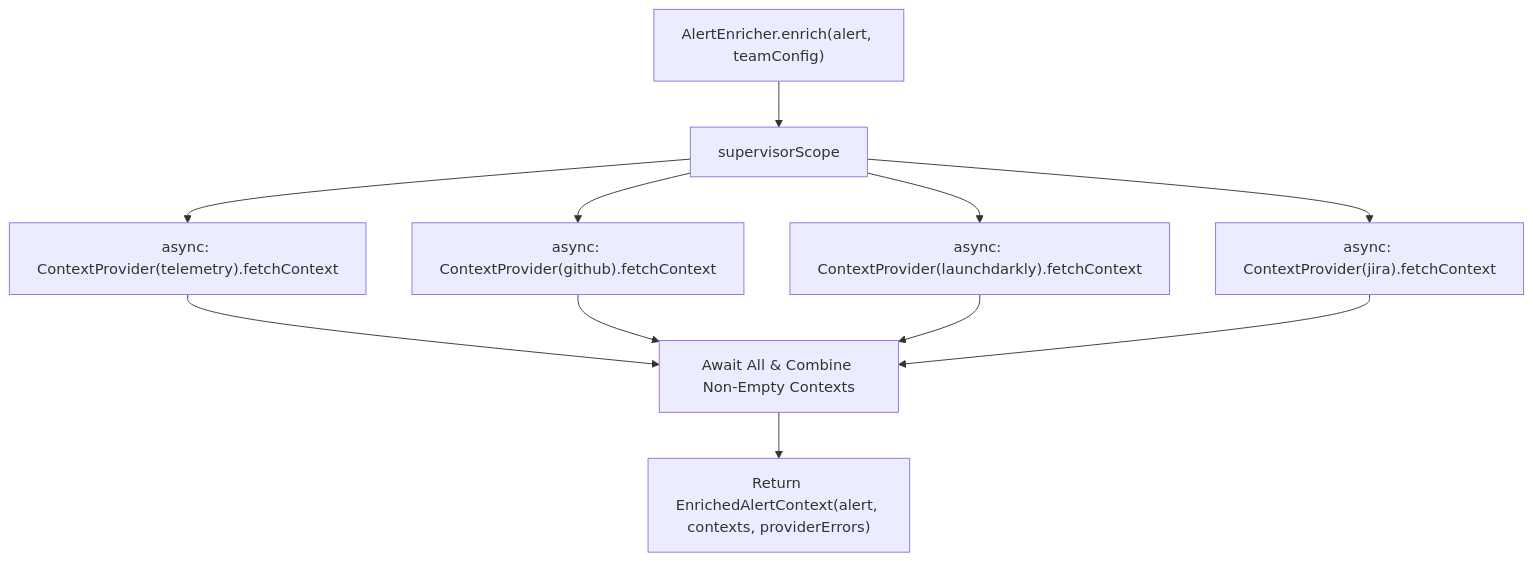
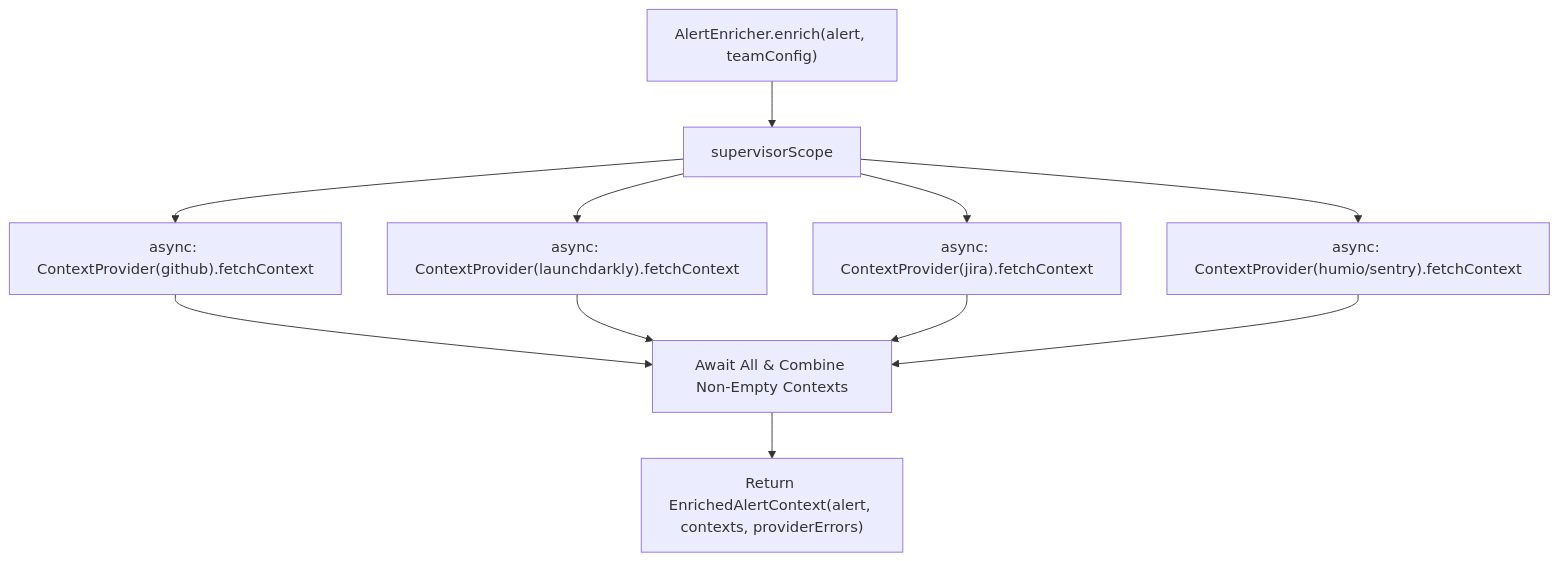
One commit to illutic/argus changed the diagram in docs/spec/02-enrichment.md. Above: the diagram before and after it, drawn with Mermaid. The commit also changed other lines of this file and 37 other files, not shown here.

First line of the commit message:
Use ProviderKey enum and Result<AlertContext> in ContextProvider

````diff
--- a/docs/spec/02-enrichment.md
+++ b/docs/spec/02-enrichment.md
@@ -66,16 +66,16 @@
 ```mermaid
 flowchart TD
     A["AlertEnricher.enrich(alert, teamConfig)"] --> B["supervisorScope"]
     
-    B --> C["async: ContextProvider(telemetry).fetchContext"]
-    B --> D["async: ContextProvider(github).fetchContext"]
-    B --> E["async: ContextProvider(launchdarkly).fetchContext"]
-    B --> F["async: ContextProvider(jira).fetchContext"]
+    B --> C["async: ContextProvider(github).fetchContext"]
+    B --> D["async: ContextProvider(launchdarkly).fetchContext"]
+    B --> E["async: ContextProvider(jira).fetchContext"]
+    B --> F["async: ContextProvider(humio/sentry).fetchContext"]
     
     C --> G["Await All & Combine Non-Empty Contexts"]
     D --> G
     E --> G
     F --> G
     
     G --> H["Return EnrichedAlertContext(alert, contexts, providerErrors)"]
 ```
````
